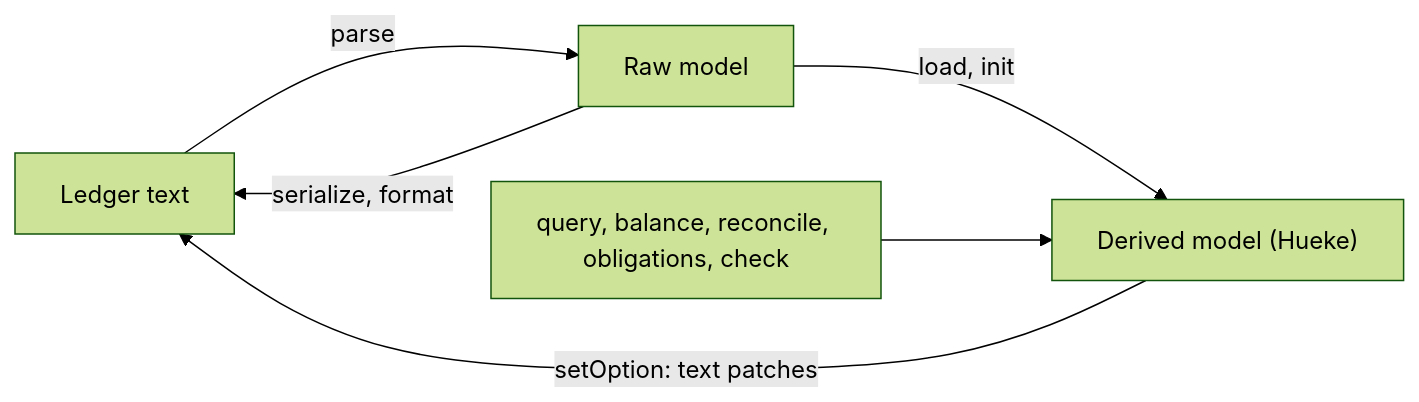
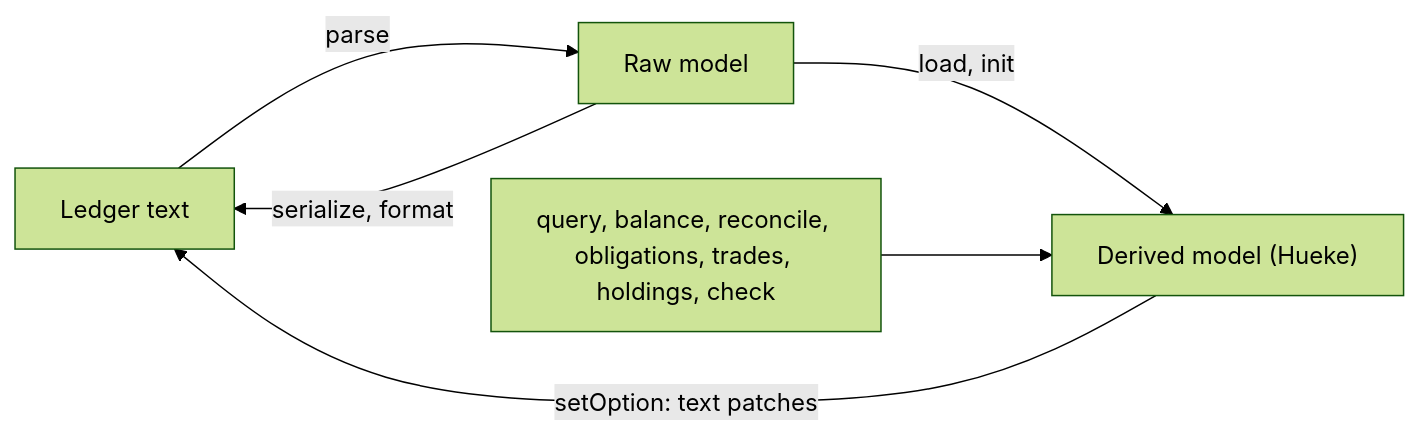
One commit to stellarator-studio/hueke changed the first of 2 diagrams in docs/architecture.md. Above: the diagram before and after it, drawn with Mermaid (forest theme). The commit also changed other lines of this file and 18 other files, not shown here.

````diff
--- a/docs/architecture.md
+++ b/docs/architecture.md
@@ -20,8 +20,8 @@
 ```mermaid
 flowchart LR
     text[Ledger text] -- parse --> raw[Raw model]
     raw -- "load, init" --> derived["Derived model (Hueke)"]
     raw -- "serialize, format" --> text
     derived -- "setOption: text patches" --> text
-    api["query, balance, reconcile, obligations, check"] --> derived
+    api["query, balance, reconcile, obligations, trades, holdings, check"] --> derived
 ```
````
